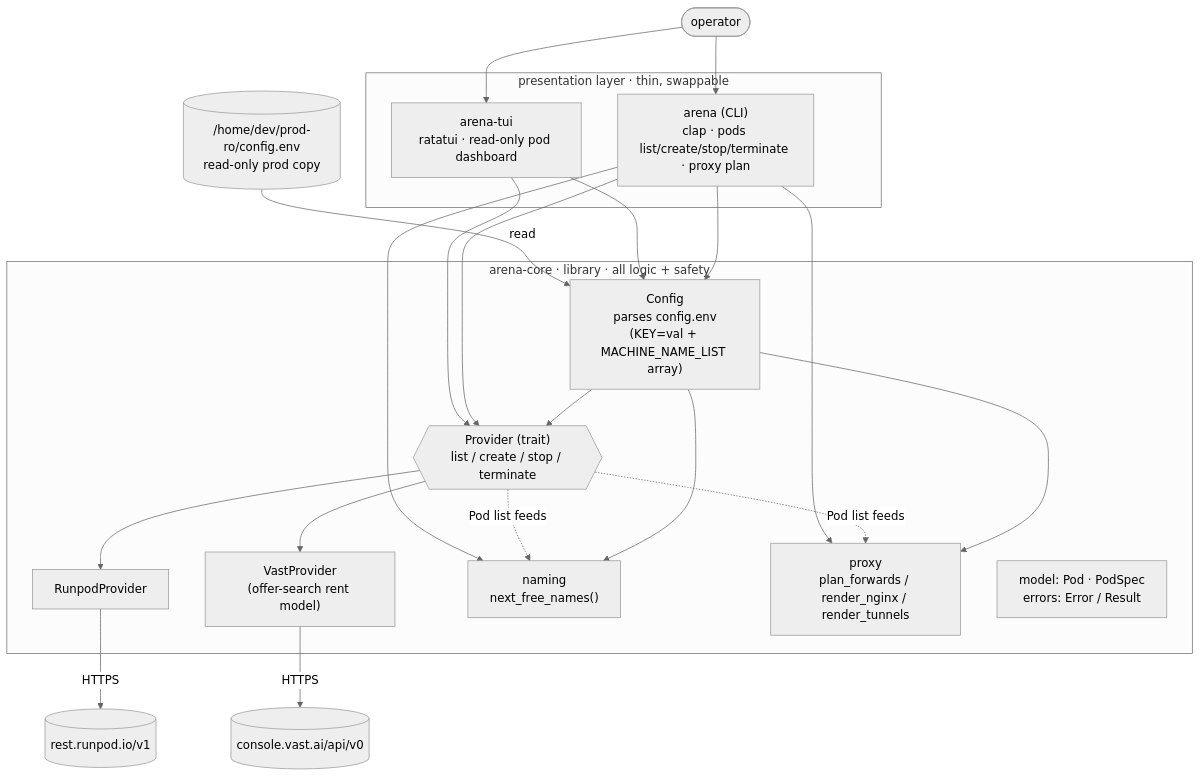
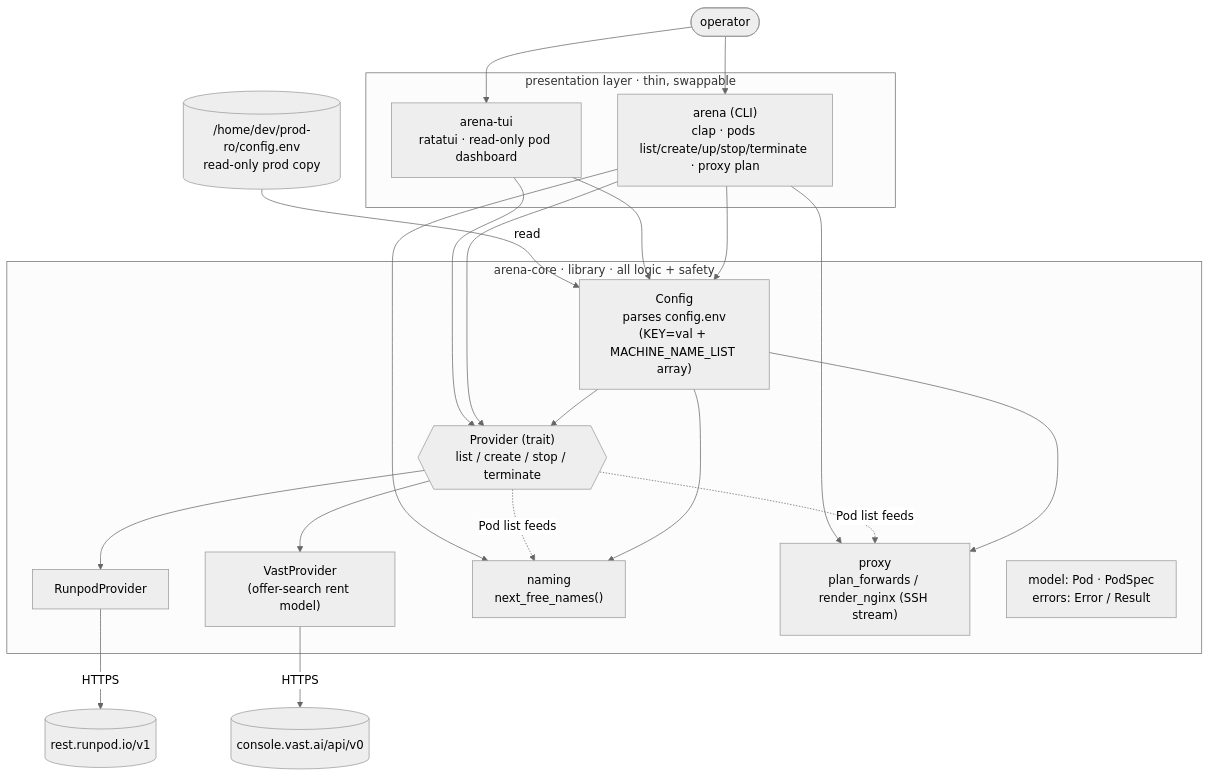
Before and after one commit to nickypro/arena-infra-rs: the diagram in ARCHITECTURE.md, drawn with Mermaid (neutral theme). The commit also changed other lines of this file and 4 other files, not shown here.

````diff
--- a/ARCHITECTURE.md
+++ b/ARCHITECTURE.md
@@ -8,43 +8,43 @@
 ```mermaid
 flowchart TD
     user([operator])
 
     subgraph present[presentation layer · thin, swappable]
-        CLI["arena (CLI)<br/>clap · pods list/create/stop/terminate · proxy plan"]
+        CLI["arena (CLI)<br/>clap · pods list/create/up/stop/terminate · proxy plan"]
         TUI["arena-tui<br/>ratatui · read-only pod dashboard"]
     end
 
     user --> CLI
     user --> TUI
 
     subgraph core[arena-core · library · all logic + safety]
         Config["Config<br/>parses config.env<br/>(KEY=val + MACHINE_NAME_LIST array)"]
         Provider{{"Provider (trait)<br/>list / create / stop / terminate"}}
         Runpod["RunpodProvider"]
         Vast["VastProvider<br/>(offer-search rent model)"]
         Naming["naming<br/>next_free_names()"]
-        Proxy["proxy<br/>plan_forwards / render_nginx / render_tunnels"]
+        Proxy["proxy<br/>plan_forwards / render_nginx (SSH stream)"]
         Model["model: Pod · PodSpec<br/>errors: Error / Result"]
 
         Config --> Provider
         Provider --> Runpod
         Provider --> Vast
         Config --> Naming
         Config --> Proxy
         Provider -.->|"Pod list feeds"| Naming
         Provider -.->|"Pod list feeds"| Proxy
     end
 
     CLI --> Config
     CLI --> Provider
     CLI --> Naming
     CLI --> Proxy
     TUI --> Config
     TUI --> Provider
 
     cfg[("/home/dev/prod-ro/config.env<br/>read-only prod copy")]
     cfg -->|read| Config
 
     Runpod -->|HTTPS| RP[("rest.runpod.io/v1")]
     Vast -->|HTTPS| VA[("console.vast.ai/api/v0")]
 ```
````
